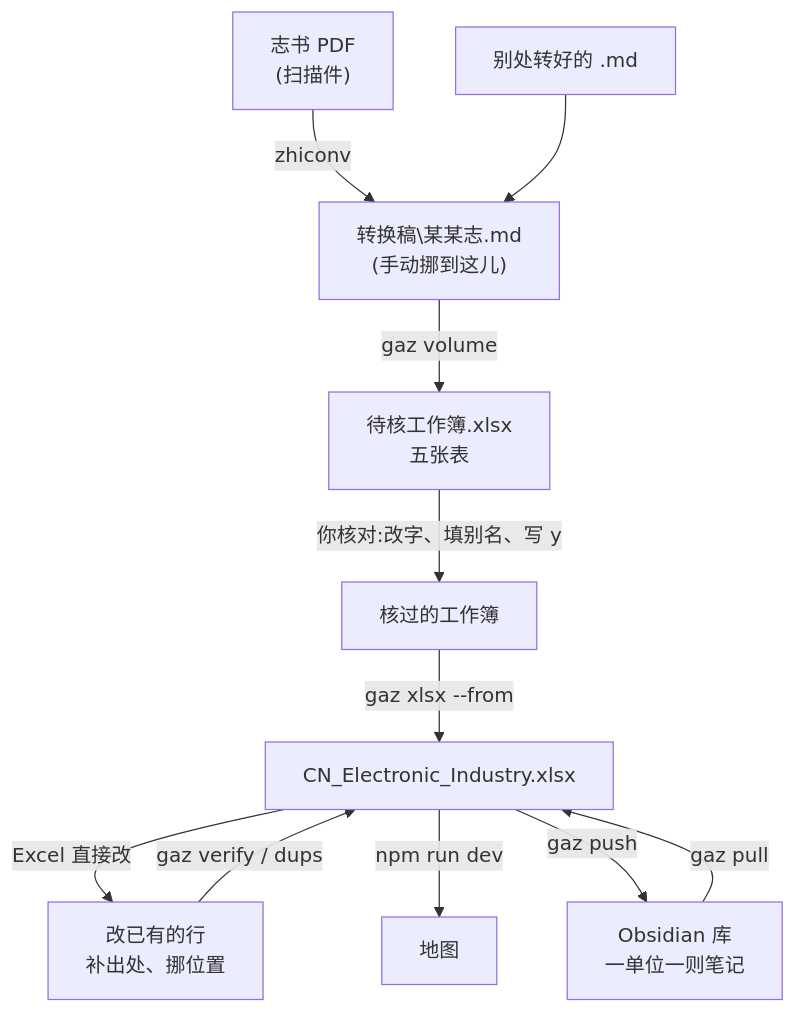
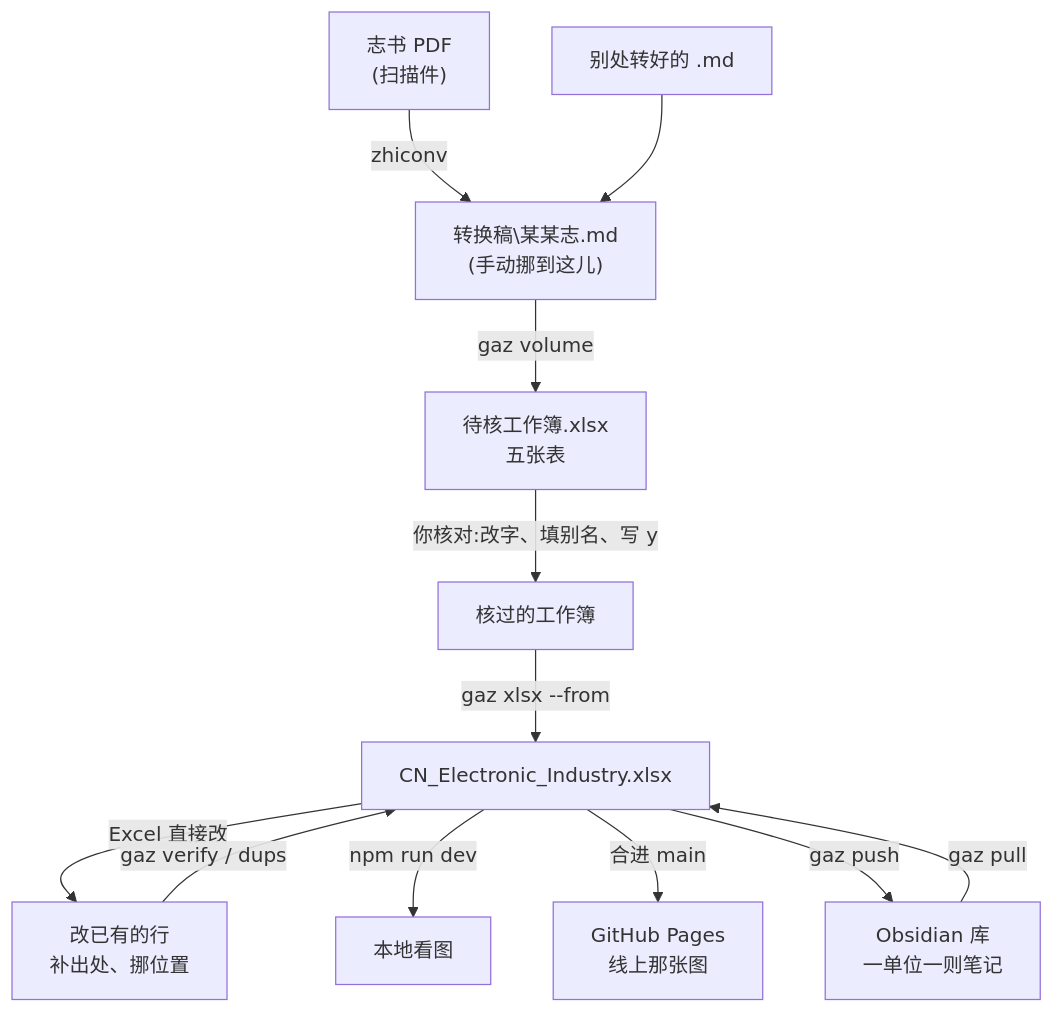
One commit to gantai/Electronic_industry_CN_Map changed the diagram in tools/gazetteer/流程.md. Above: the diagram before and after it, drawn with Mermaid. The commit also changed other lines of this file, not shown here.

First line of the commit message:
《流程》添《上线》一节:合进 main,图才会变

````diff
--- a/tools/gazetteer/流程.md
+++ b/tools/gazetteer/流程.md
@@ -37,13 +37,14 @@
 ```mermaid
 flowchart TD
     A["志书 PDF<br/>(扫描件)"] -->|zhiconv| B["转换稿\某某志.md<br/>(手动挪到这儿)"]
     A2["别处转好的 .md"] --> B
     B -->|gaz volume| C["待核工作簿.xlsx<br/>五张表"]
     C -->|你核对:改字、填别名、写 y| D["核过的工作簿"]
     D -->|gaz xlsx --from| E["CN_Electronic_Industry.xlsx"]
     E -->|Excel 直接改| E2["改已有的行<br/>补出处、挪位置"]
     E2 -->|gaz verify / dups| E
-    E -->|npm run dev| F["地图"]
+    E -->|npm run dev| F["本地看图"]
+    E -->|合进 main| H["GitHub Pages<br/>线上那张图"]
     E -->|gaz push| G["Obsidian 库<br/>一单位一则笔记"]
     G -->|gaz pull| E
 ```
````
